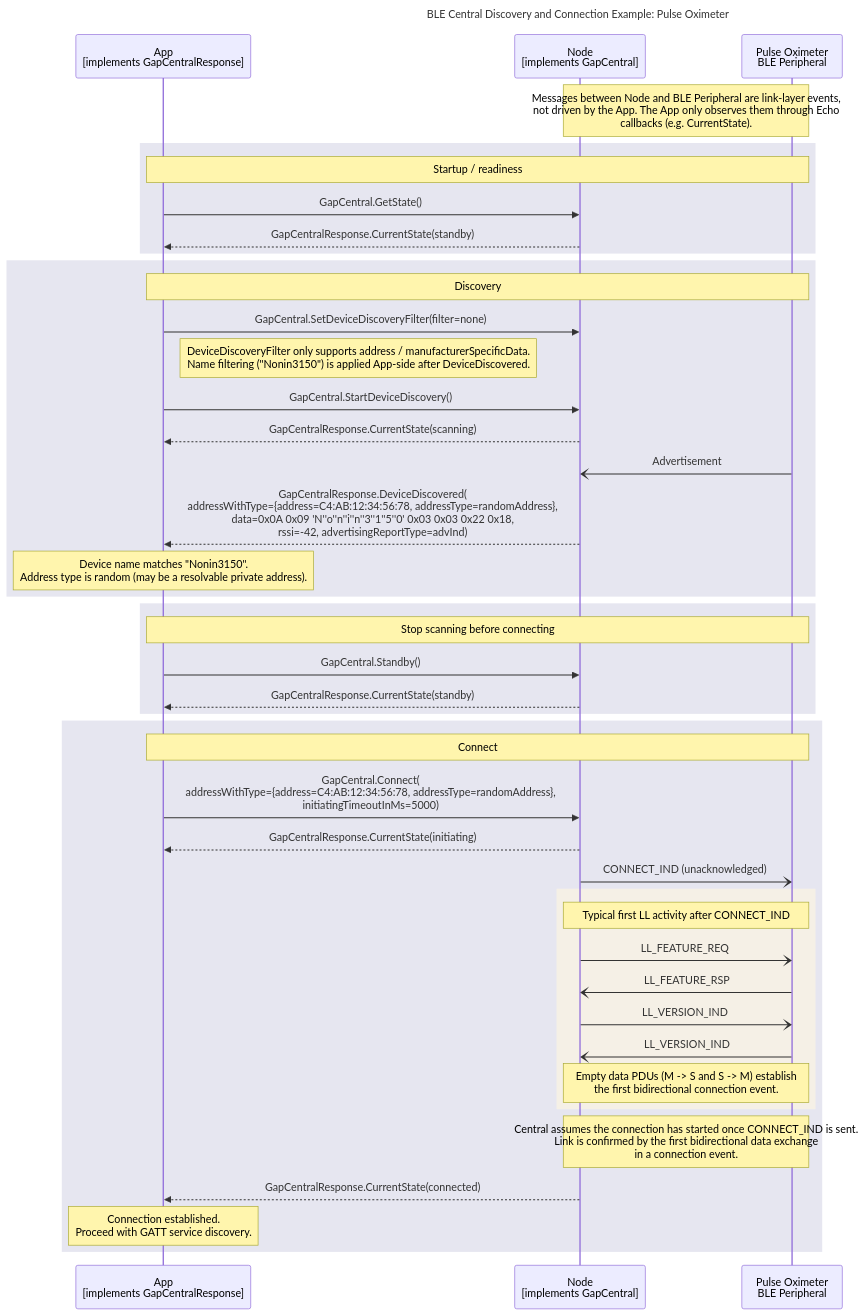
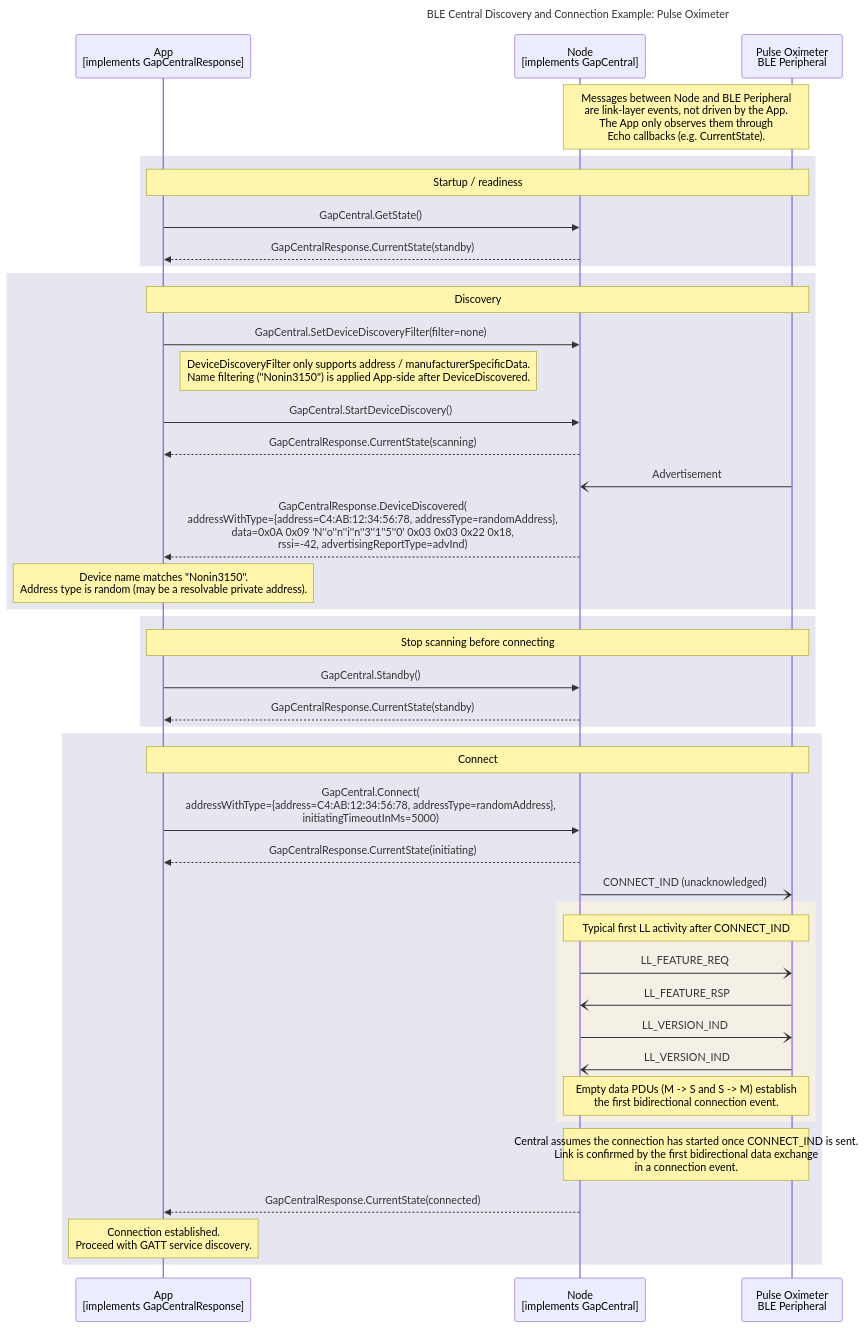
Before and after one commit to philips-software/amp-embedded-infra-lib: the diagram in documents/modules/ROOT/partials/echoservices/gap_central/GapCentral_DiscoveryAndConnection_sequence_example.mmd, drawn with Mermaid. The commit also changed 27 other files, not shown here.

```diff
--- a/documents/modules/ROOT/partials/echoservices/gap_central/GapCentral_DiscoveryAndConnection_sequence_example.mmd
+++ b/documents/modules/ROOT/partials/echoservices/gap_central/GapCentral_DiscoveryAndConnection_sequence_example.mmd
@@ -1,53 +1,53 @@
 sequenceDiagram
     title BLE Central Discovery and Connection Example: Pulse Oximeter
 
     participant App as App<br>[implements GapCentralResponse]
     participant Node as Node<br>[implements GapCentral]
     participant Peripheral as Pulse Oximeter<br>BLE Peripheral
 
-    Note over Node, Peripheral: Messages between Node and BLE Peripheral are link-layer events,<br>not driven by the App. The App only observes them through Echo<br>callbacks (e.g. CurrentState).
+    Note over Node, Peripheral: Messages between Node and BLE Peripheral<br>are link-layer events, not driven by the App.<br>The App only observes them through<br>Echo callbacks (e.g. CurrentState).
 
     rect rgb(230, 230, 240)
         note over App, Peripheral: Startup / readiness
         App->>Node: GapCentral.GetState()
         Node-->>App: GapCentralResponse.CurrentState(standby)
     end
 
     rect rgb(230, 230, 240)
         note over App, Peripheral: Discovery
         App->>Node: GapCentral.SetDeviceDiscoveryFilter(filter=none)
         Note right of App: DeviceDiscoveryFilter only supports address / manufacturerSpecificData.<br>Name filtering ("Nonin3150") is applied App-side after DeviceDiscovered.
         App->>Node: GapCentral.StartDeviceDiscovery()
         Node-->>App: GapCentralResponse.CurrentState(scanning)
 
         Peripheral-)Node: Advertisement
         Node-->>App: GapCentralResponse.DeviceDiscovered(<br>addressWithType={address=C4:AB:12:34:56:78, addressType=randomAddress},<br>data=0x0A 0x09 'N''o''n''i''n''3''1''5''0' 0x03 0x03 0x22 0x18,<br>rssi=-42, advertisingReportType=advInd)
 
         note over App: Device name matches "Nonin3150".<br>Address type is random (may be a resolvable private address).
     end
 
     rect rgb(230, 230, 240)
         note over App, Peripheral: Stop scanning before connecting
         App->>Node: GapCentral.Standby()
         Node-->>App: GapCentralResponse.CurrentState(standby)
     end
 
     rect rgb(230, 230, 240)
         note over App, Peripheral: Connect
         App->>Node: GapCentral.Connect(<br>addressWithType={address=C4:AB:12:34:56:78, addressType=randomAddress},<br>initiatingTimeoutInMs=5000)
         Node-->>App: GapCentralResponse.CurrentState(initiating)
 
         Node-)Peripheral: CONNECT_IND (unacknowledged)
         rect rgb(245, 240, 230)
             Note over Node, Peripheral: Typical first LL activity after CONNECT_IND
             Node-)Peripheral: LL_FEATURE_REQ
             Peripheral-)Node: LL_FEATURE_RSP
             Node-)Peripheral: LL_VERSION_IND
             Peripheral-)Node: LL_VERSION_IND
             Note over Node, Peripheral: Empty data PDUs (M -> S and S -> M) establish<br>the first bidirectional connection event.
         end
         Note over Node, Peripheral: Central assumes the connection has started once CONNECT_IND is sent.<br>Link is confirmed by the first bidirectional data exchange<br>in a connection event.
         Node-->>App: GapCentralResponse.CurrentState(connected)
 
         note over App: Connection established.<br>Proceed with GATT service discovery.
     end
```
